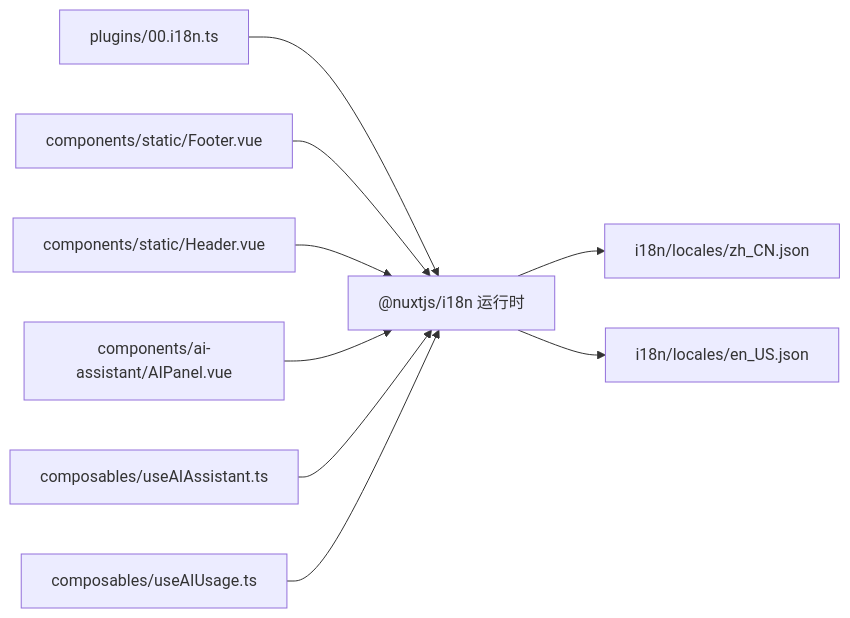
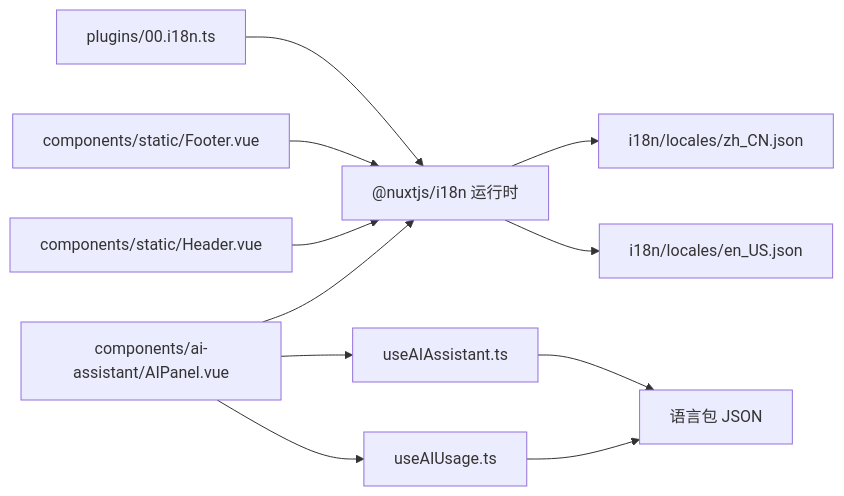
One commit to terwer/siyuan-plugin-blog changed the fourth of 4 diagrams in .qoder/repowiki/zh/content/核心功能/设置管理系统/多语言支持.md. Above: the diagram before and after it, drawn with Mermaid. The commit also changed other lines of this file and 16 other files, not shown here.

````diff
--- a/.qoder/repowiki/zh/content/核心功能/设置管理系统/多语言支持.md
+++ b/.qoder/repowiki/zh/content/核心功能/设置管理系统/多语言支持.md
@@ -401,11 +371,13 @@
 ```mermaid
 graph LR
 P["plugins/00.i18n.ts"] --> I["@nuxtjs/i18n 运行时"]
 C1["components/static/Footer.vue"] --> I
 C2["components/static/Header.vue"] --> I
-AIPanel["components/ai-assistant/AIPanel.vue"] --> I
-AIAssistant["composables/useAIAssistant.ts"] --> I
-AIUsage["composables/useAIUsage.ts"] --> I
+C3["components/ai-assistant/AIPanel.vue"] --> I
+C3 --> UA["useAIAssistant.ts"]
+C3 --> UU["useAIUsage.ts"]
+UA --> L["语言包 JSON"]
+UU --> L
 I --> ZH["i18n/locales/zh_CN.json"]
 I --> EN["i18n/locales/en_US.json"]
 ```
````
